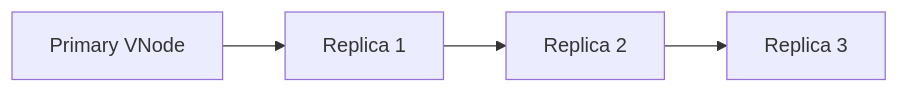
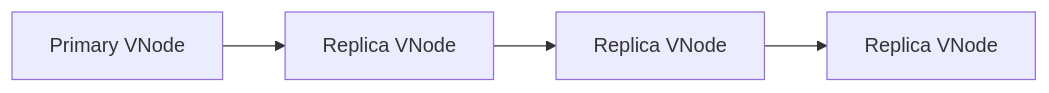
The fourth of 11 diagrams in 02-technologies/02-database-cassandra/README.md (limainfo/guia-design-sistema-ti), drawn with Mermaid before and after one commit. The commit also changed other lines of this file, not shown here.

````diff
--- a/02-technologies/02-database-cassandra/README.md
+++ b/02-technologies/02-database-cassandra/README.md
@@ -190,6 +219,6 @@
 ```mermaid
 flowchart LR
-    P[Primary VNode] --> R1[Replica 1]
-    R1 --> R2[Replica 2]
-    R2 --> R3[Replica 3]
+    P[Primary VNode] --> R1[Replica VNode]
+    R1 --> R2[Replica VNode]
+    R2 --> R3[Replica VNode]
 ```
````
